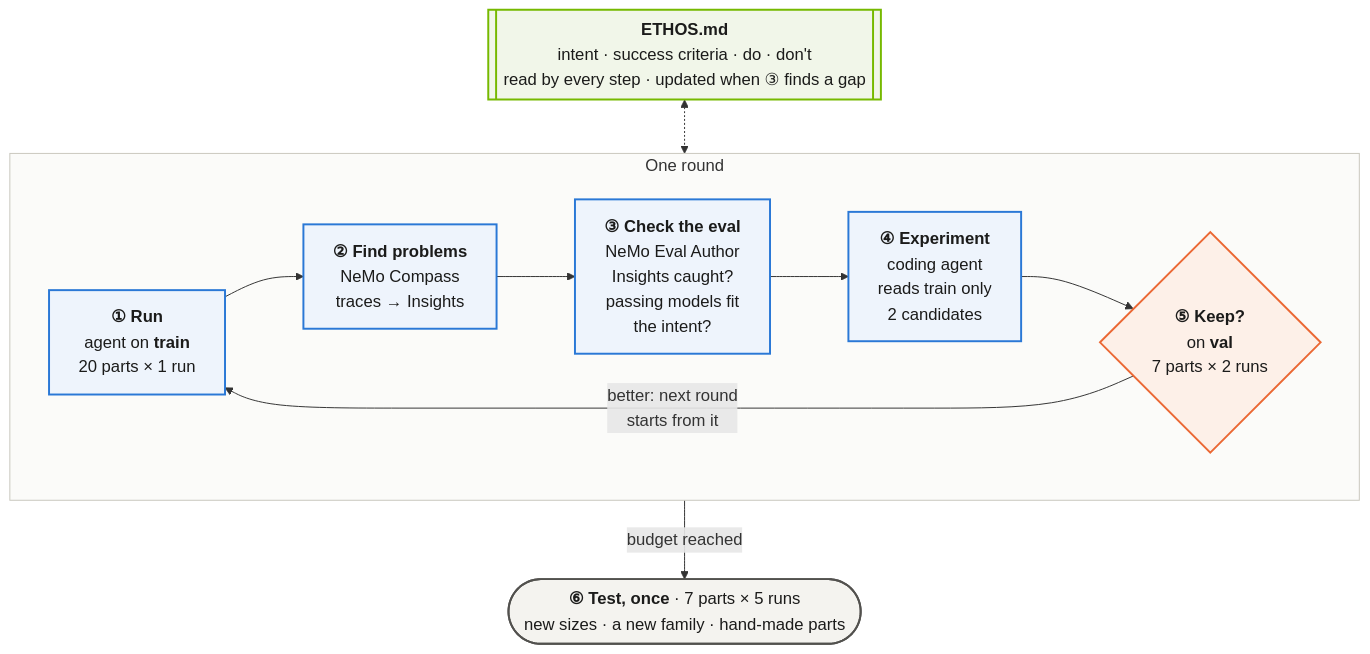
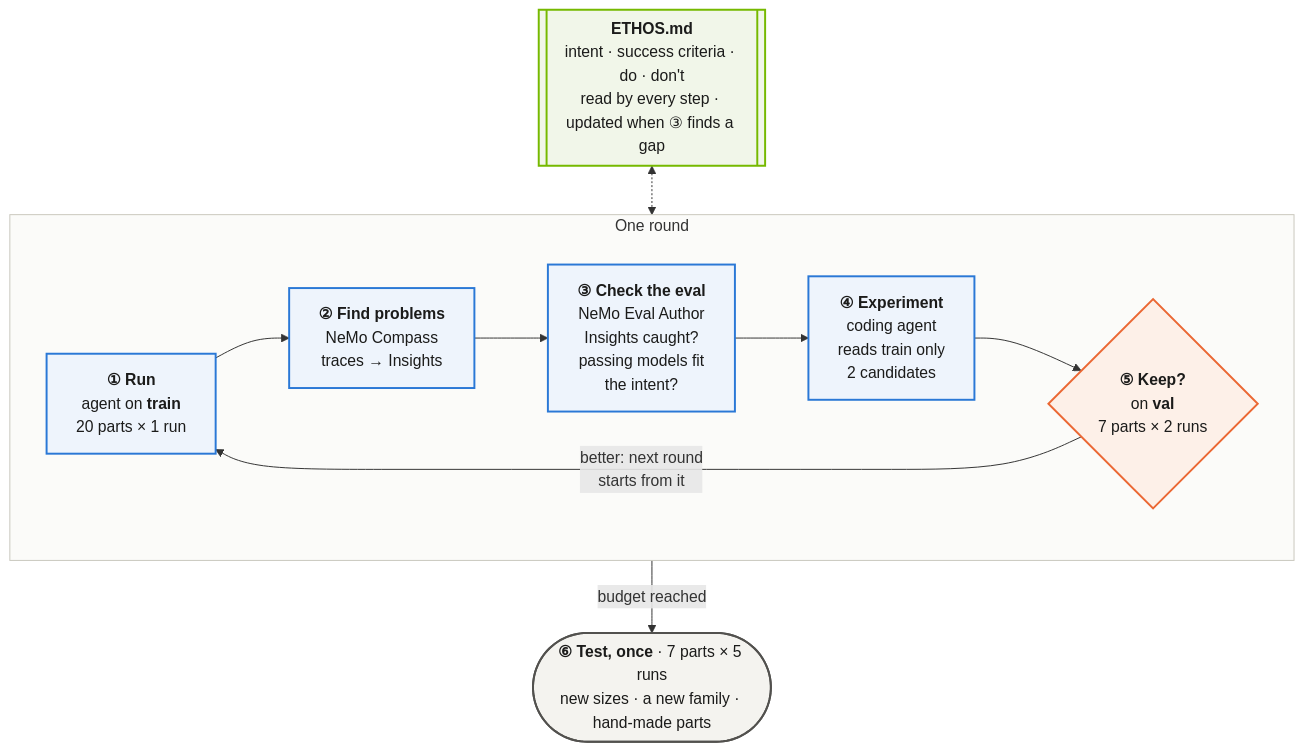
Before and after one commit to NVIDIA/nemoclaw-community: the second of 2 diagrams in examples/tools/cae-freecad-agent-harness-optimization/README.md, drawn with Mermaid. The commit also changed other lines of this file and 3 other files, not shown here.

````diff
--- a/examples/tools/cae-freecad-agent-harness-optimization/README.md
+++ b/examples/tools/cae-freecad-agent-harness-optimization/README.md
@@ -131,27 +130,26 @@
 ```mermaid
-%%{init: {"themeVariables": {"fontSize": "17px"}, "flowchart": {"curve": "basis", "nodeSpacing": 40, "rankSpacing": 55, "wrappingWidth": 420}}}%%
 flowchart TB
   E[["<b>ETHOS.md</b><br/>intent · success criteria · do · don't<br/>read by every step · updated when ③ finds a gap"]]
   subgraph R["One round"]
     direction LR
     S1["<b>① Run</b><br/>agent on <b>train</b><br/>20 parts × 1 run"]
     S2["<b>② Find problems</b><br/>NeMo Compass<br/>traces → Insights"]
     S3["<b>③ Check the eval</b><br/>NeMo Eval Author<br/>Insights caught?<br/>passing models fit<br/>the intent?"]
     S4["<b>④ Experiment</b><br/>coding agent<br/>reads train only<br/>2 candidates"]
     S5{"<b>⑤ Keep?</b><br/>on <b>val</b><br/>7 parts × 2 runs"}
     S1 --> S2 --> S3 --> S4 --> S5
     S5 -- "better: next round<br/>starts from it" --> S1
   end
   T(["<b>⑥ Test, once</b> · 7 parts × 5 runs<br/>new sizes · a new family · hand-made parts"])
   E <-.-> R
   R -- "budget reached" --> T
   classDef step fill:#eef4fc,stroke:#2a78d6,stroke-width:2px,color:#1b1b1a
   classDef keep fill:#fdf0e8,stroke:#eb6834,stroke-width:2px,color:#1b1b1a
   classDef ethos fill:#f1f6e9,stroke:#76b900,stroke-width:2px,color:#1b1b1a
   classDef test fill:#f4f3ef,stroke:#52514e,stroke-width:2px,color:#1b1b1a
   class S1,S2,S3,S4 step
   class S5 keep
   class E ethos
   class T test
   style R fill:#fbfbf9,stroke:#c9c7bd
 ```
````
